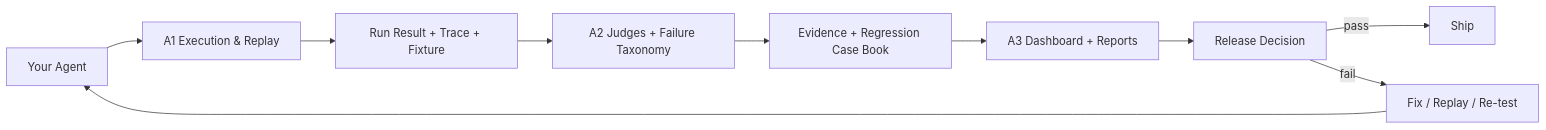
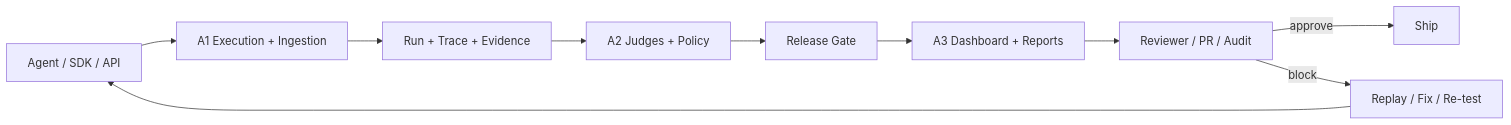
Before and after one commit to 3351666087/release-foundry: the diagram in README.md, drawn with Mermaid. The commit also changed other lines of this file, not shown here.

````diff
--- a/README.md
+++ b/README.md
@@ -25,13 +23,12 @@
 ```mermaid
 flowchart LR
-  Agent["Your Agent"] --> A1["A1 Execution & Replay"]
-  A1 --> Trace["Run Result + Trace + Fixture"]
-  Trace --> A2["A2 Judges + Failure Taxonomy"]
-  A2 --> Evidence["Evidence + Regression Case Book"]
-  Evidence --> A3["A3 Dashboard + Reports"]
-  A3 --> Gate["Release Decision"]
-
-  Gate -->|pass| Ship["Ship"]
-  Gate -->|fail| Fix["Fix / Replay / Re-test"]
-  Fix --> Agent
+  Agent["Agent / SDK / API"] --> A1["A1 Execution + Ingestion"]
+  A1 --> Trace["Run + Trace + Evidence"]
+  Trace --> A2["A2 Judges + Policy"]
+  A2 --> Gate["Release Gate"]
+  Gate --> A3["A3 Dashboard + Reports"]
+  A3 --> Review["Reviewer / PR / Audit"]
+  Review -->|approve| Ship["Ship"]
+  Review -->|block| Replay["Replay / Fix / Re-test"]
+  Replay --> Agent
 ```
````
